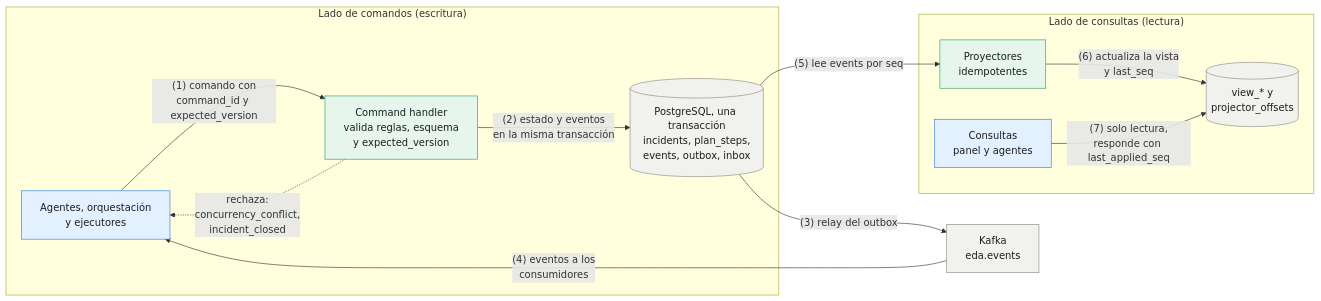
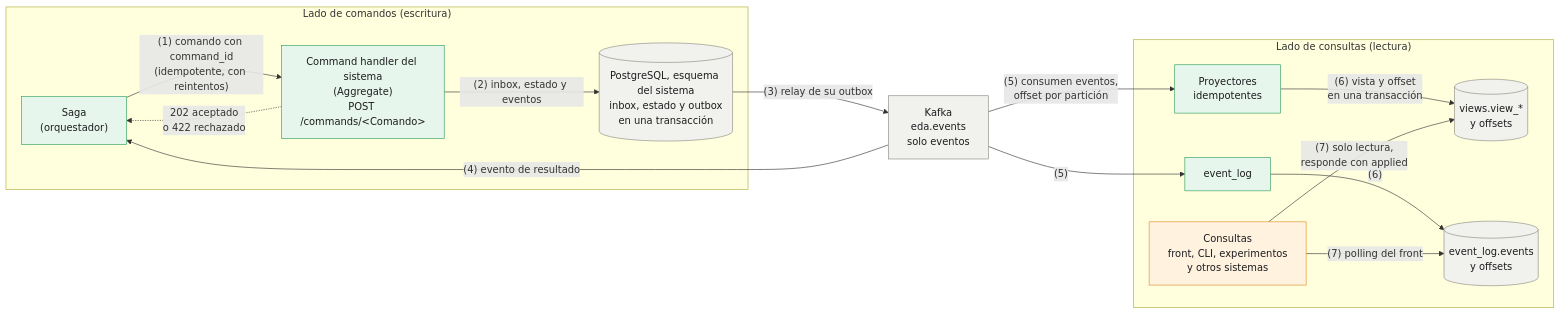
One commit to whinedo/eda-retail changed the third of 3 diagrams in docs/README.md. Above: the diagram before and after it, drawn with Mermaid. The commit also changed other lines of this file and 1 other file, not shown here.

First line of the commit message:
docs(eda): redraw agent, saga and CQRS diagrams for REST commands

````diff
--- a/docs/README.md
+++ b/docs/README.md
@@ -114,28 +121,33 @@
 ```mermaid
 flowchart LR
   subgraph CMD["Lado de comandos (escritura)"]
-    A["Agentes, orquestación<br/>y ejecutores"]
-    CH["Command handler<br/>valida reglas, esquema<br/>y expected_version"]
-    TX[("PostgreSQL, una transacción<br/>incidents, plan_steps,<br/>events, outbox, inbox")]
+    SG["Saga<br/>(orquestador)"]
+    CH["Command handler del sistema<br/>(Aggregate)<br/>POST /commands/#lt;Comando#gt;"]
+    TX[("PostgreSQL, esquema del sistema<br/>inbox, estado y outbox<br/>en una transacción")]
   end
-  K["Kafka<br/>eda.events"]
+  K["Kafka<br/>eda.events<br/>solo eventos"]
   subgraph QRY["Lado de consultas (lectura)"]
     P["Proyectores<br/>idempotentes"]
-    V[("view_* y<br/>projector_offsets")]
-    Q["Consultas<br/>panel y agentes"]
+    V[("views.view_*<br/>y offsets")]
+    EL["event_log"]
+    EV[("event_log.events<br/>y offsets")]
+    Q["Consultas<br/>front, CLI, experimentos<br/>y otros sistemas"]
   end
-  A -- "(1) comando con<br/>command_id y expected_version" --> CH
-  CH -- "(2) estado y eventos<br/>en la misma transacción" --> TX
-  CH -. "rechaza:<br/>concurrency_conflict,<br/>incident_closed" .-> A
-  TX -- "(3) relay del outbox" --> K
-  K -- "(4) eventos a los<br/>consumidores" --> A
-  TX -- "(5) lee events por seq" --> P
-  P -- "(6) actualiza la vista<br/>y last_seq" --> V
-  Q -- "(7) solo lectura,<br/>responde con last_applied_seq" --> V
+  SG -- "(1) comando con command_id<br/>(idempotente, con reintentos)" --> CH
+  CH -- "(2) inbox, estado y eventos" --> TX
+  CH -. "202 aceptado<br/>o 422 rechazado" .-> SG
+  TX -- "(3) relay de su outbox" --> K
+  K -- "(4) evento de resultado" --> SG
+  K -- "(5) consumen eventos,<br/>offset por partición" --> P
+  K -- "(5)" --> EL
+  P -- "(6) vista y offset<br/>en una transacción" --> V
+  EL -- "(6)" --> EV
+  Q -- "(7) solo lectura,<br/>responde con applied" --> V
+  Q -- "(7) polling del front" --> EV
   classDef code fill:#E6F6EC,stroke:#2E9E5B,color:#1d1d1f
   classDef data fill:#F1F1EE,stroke:#8A8A80,color:#1d1d1f
-  classDef llm fill:#E3F0FF,stroke:#2B7DE0,color:#1d1d1f
-  class CH,P code
-  class TX,V,K data
-  class A,Q llm
+  classDef ext fill:#FFF3E0,stroke:#E08A2B,color:#1d1d1f
+  class SG,CH,P,EL code
+  class TX,V,K,EV data
+  class Q ext
 ```
````
